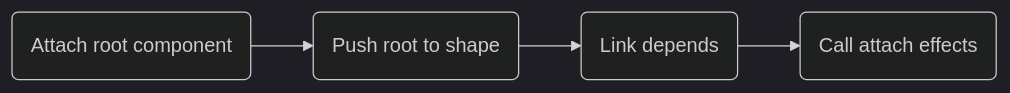
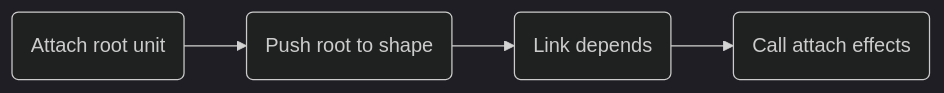
Before and after one commit to EvgenyiFedotov/restarfall: the second of 3 diagrams in packages/restarfall/readme.md, drawn with Mermaid (dark theme). The commit also changed other lines of this file and 13 other files, not shown here.

Commit message:
refactor!: rename component to unit

````diff
--- a/packages/restarfall/readme.md
+++ b/packages/restarfall/readme.md
@@ -466,11 +463,11 @@
 ```mermaid
 flowchart LR
-  attach("Attach root component")
+  attach("Attach root unit")
   push("Push root to shape")
   link("Link depends")
   attachEffects("Call attach effects")
 
   attach --> push
   push -->link
   link --> attachEffects
 ```
````
